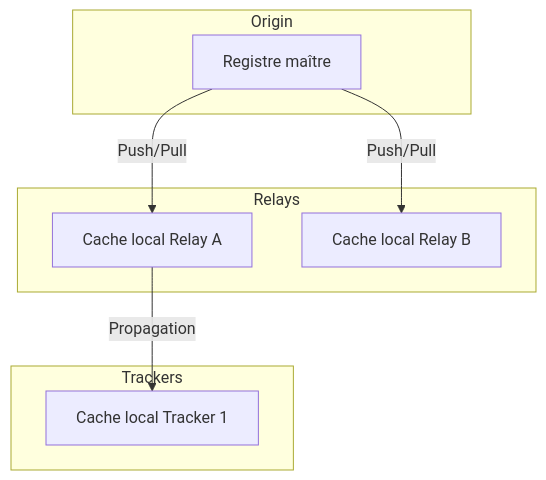
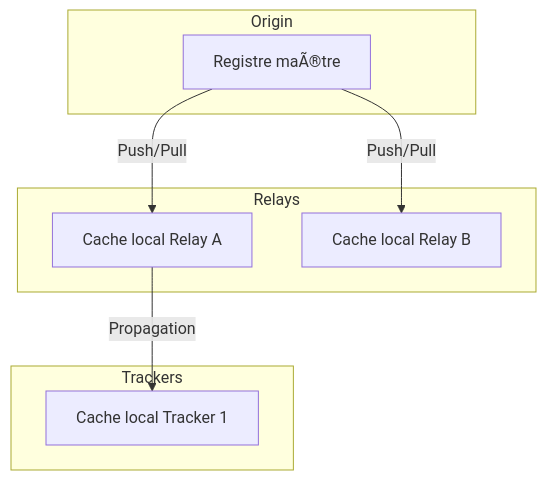
The first of 4 diagrams in docs/miyukini-webway-system/securite/MWS - Registre de Services et Isolation.md (StudioMiyukini/miyukini_cog), drawn with Mermaid before and after one commit. The commit also changed other lines of this file and 1287 other files, not shown here.

````diff
--- a/docs/miyukini-webway-system/securite/MWS - Registre de Services et Isolation.md
+++ b/docs/miyukini-webway-system/securite/MWS - Registre de Services et Isolation.md
@@ -73,19 +73,19 @@
 ```mermaid
 flowchart TB
     subgraph Origin["Origin"]
-        REG[Registre maître]
+        REG[Registre maÃ®tre]
     end
 
     subgraph Relays["Relays"]
         R1[Cache local Relay A]
         R2[Cache local Relay B]
     end
 
     subgraph Trackers["Trackers"]
         T1[Cache local Tracker 1]
     end
 
     REG -->|Push/Pull| R1
     REG -->|Push/Pull| R2
     R1 -->|Propagation| T1
 ```
````
